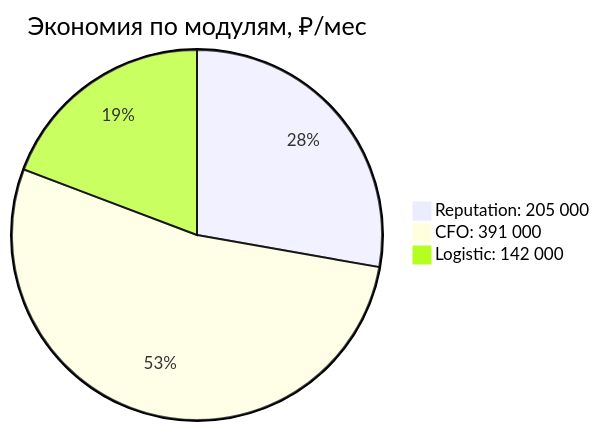
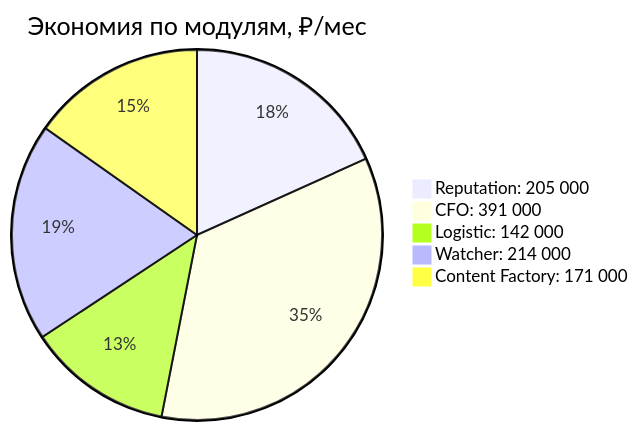
One commit to Sign25/Docs changed the third of 4 diagrams in office/adolf_office_9_efficiency.md. Above: the diagram before and after it, drawn with Mermaid. The commit also changed other lines of this file, not shown here.

Commit message:
Update Office section 9: v1.2 — add Watcher (6 agents) and Content Factory

````diff
--- a/office/adolf_office_9_efficiency.md
+++ b/office/adolf_office_9_efficiency.md
@@ -285,6 +355,8 @@
 ```mermaid
 pie title Экономия по модулям, ₽/мес
     "Reputation: 205 000" : 205000
     "CFO: 391 000" : 391000
     "Logistic: 142 000" : 142000
+    "Watcher: 214 000" : 214000
+    "Content Factory: 171 000" : 171000
 ```
````
